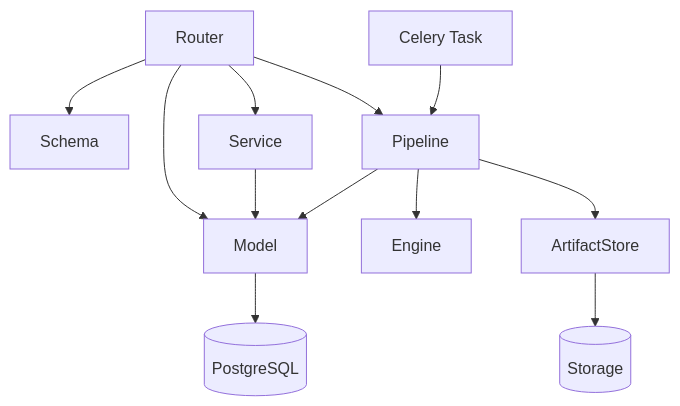
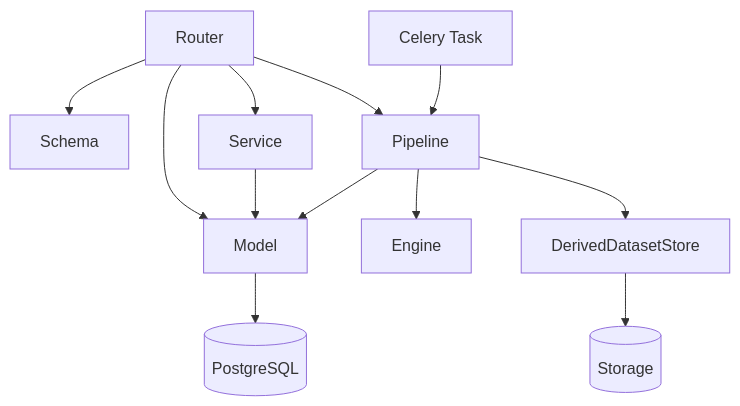
One commit to NoraJinxy/Niantong_GH_version changed the diagram in wiki/docs/7-30-后端分层与数据契约.md. Above: the diagram before and after it, drawn with Mermaid. The commit also changed other lines of this file and 19 other files, not shown here.

````diff
--- a/wiki/docs/7-30-后端分层与数据契约.md
+++ b/wiki/docs/7-30-后端分层与数据契约.md
@@ -32,14 +32,14 @@
 ```mermaid
 flowchart TB
   Router[Router] --> Schema[Schema]
   Router --> Service[Service]
   Router --> Model[Model]
   Router --> Pipeline[Pipeline]
   Service --> Model
   Pipeline --> Model
   Pipeline --> Engine[Engine]
-  Pipeline --> Artifact[ArtifactStore]
+  Pipeline --> Store[DerivedDatasetStore]
   Task[Celery Task] --> Pipeline
   Model --> DB[(PostgreSQL)]
-  Artifact --> FS[(Storage)]
+  Store --> FS[(Storage)]
 ```
````
